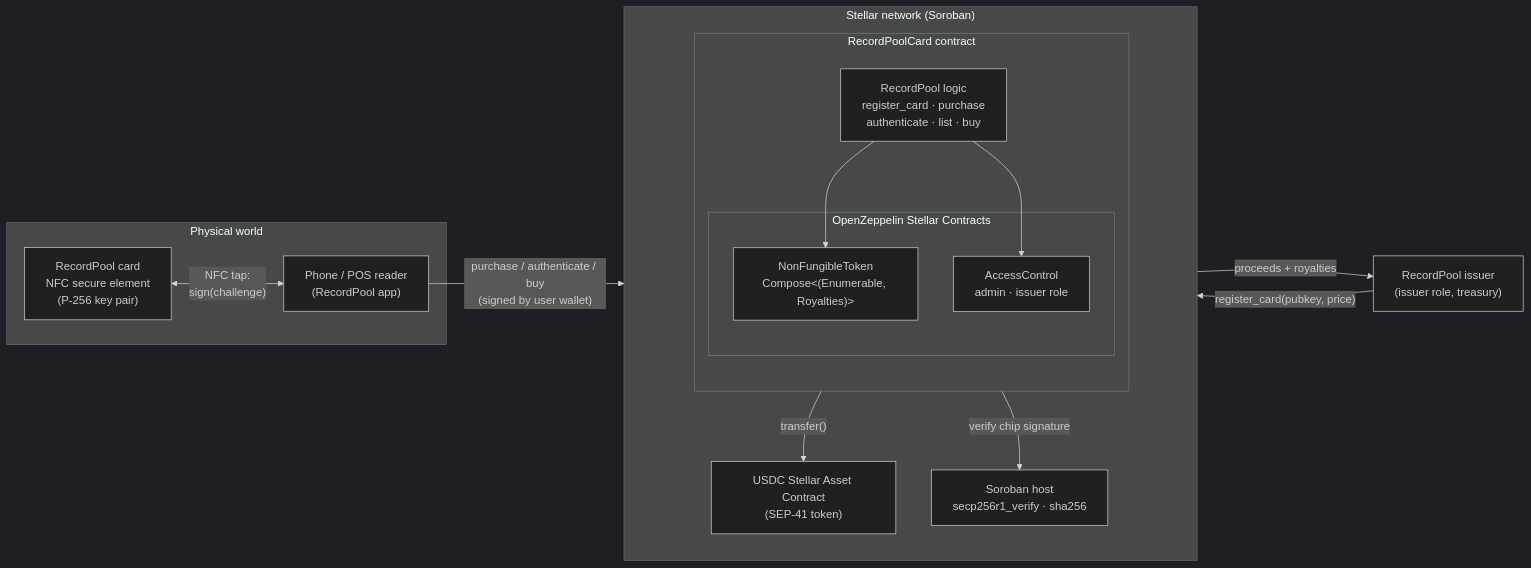
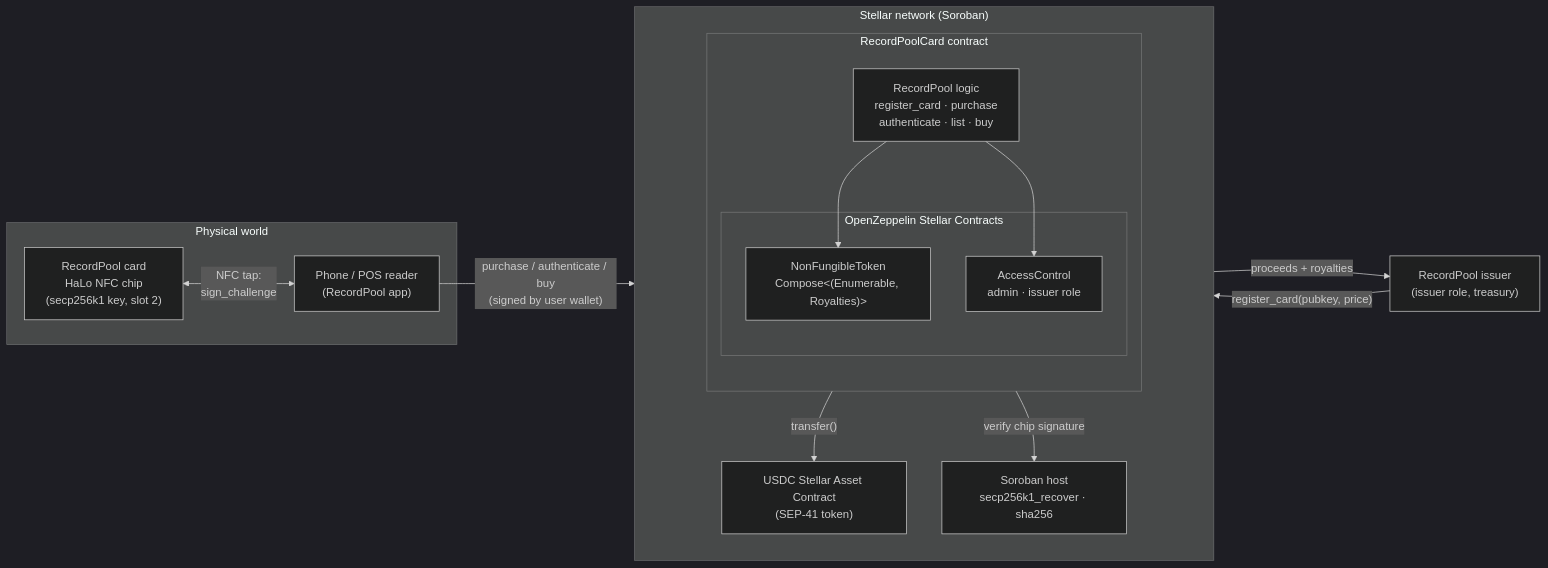
Before and after one commit to sabotensf/arx-halo-soroban-demo: the first of 2 diagrams in README.md, drawn with Mermaid (dark theme). The commit also changed other lines of this file and 15 other files, not shown here.

First line of the commit message:
Authenticate cards with HaLo NFC chips (secp256k1)

````diff
--- a/README.md
+++ b/README.md
@@ -31,30 +31,30 @@
 ```mermaid
 flowchart LR
     subgraph Physical["Physical world"]
-        CHIP["RecordPool card<br/>NFC secure element<br/>(P-256 key pair)"]
+        CHIP["RecordPool card<br/>HaLo NFC chip<br/>(secp256k1 key, slot 2)"]
         PHONE["Phone / POS reader<br/>(RecordPool app)"]
-        CHIP <-- "NFC tap:<br/>sign(challenge)" --> PHONE
+        CHIP <-- "NFC tap:<br/>sign_challenge" --> PHONE
     end
 
     subgraph Stellar["Stellar network (Soroban)"]
         direction TB
         subgraph RPC["RecordPoolCard contract"]
             direction TB
             APP["RecordPool logic<br/>register_card · purchase<br/>authenticate · list · buy"]
             subgraph OZ["OpenZeppelin Stellar Contracts"]
                 NFT["NonFungibleToken<br/>Compose&lt;(Enumerable, Royalties)&gt;"]
                 ACL["AccessControl<br/>admin · issuer role"]
             end
             APP --> NFT
             APP --> ACL
         end
         USDC["USDC Stellar Asset Contract<br/>(SEP-41 token)"]
-        HOST["Soroban host<br/>secp256r1_verify · sha256"]
+        HOST["Soroban host<br/>secp256k1_recover · sha256"]
         APP -- "transfer()" --> USDC
         APP -- "verify chip signature" --> HOST
     end
 
     ISSUER["RecordPool issuer<br/>(issuer role, treasury)"] -- "register_card(pubkey, price)" --> APP
     PHONE -- "purchase / authenticate / buy<br/>(signed by user wallet)" --> APP
     USDC -- "proceeds + royalties" --> ISSUER
 ```
````
